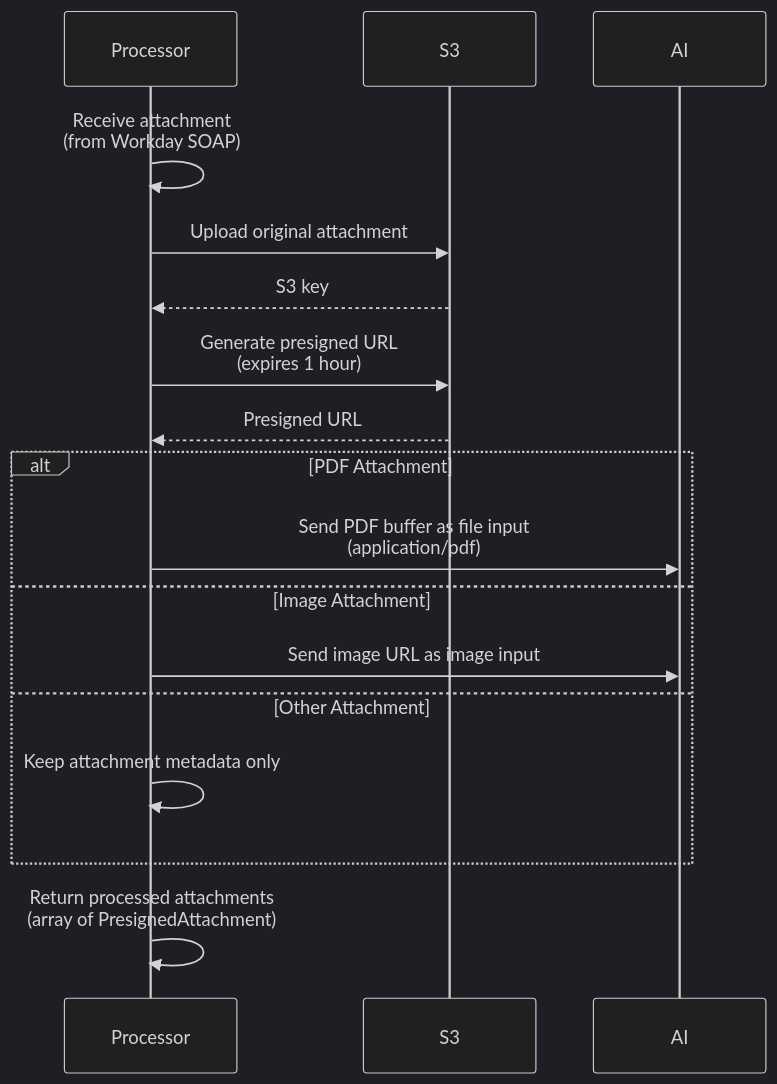
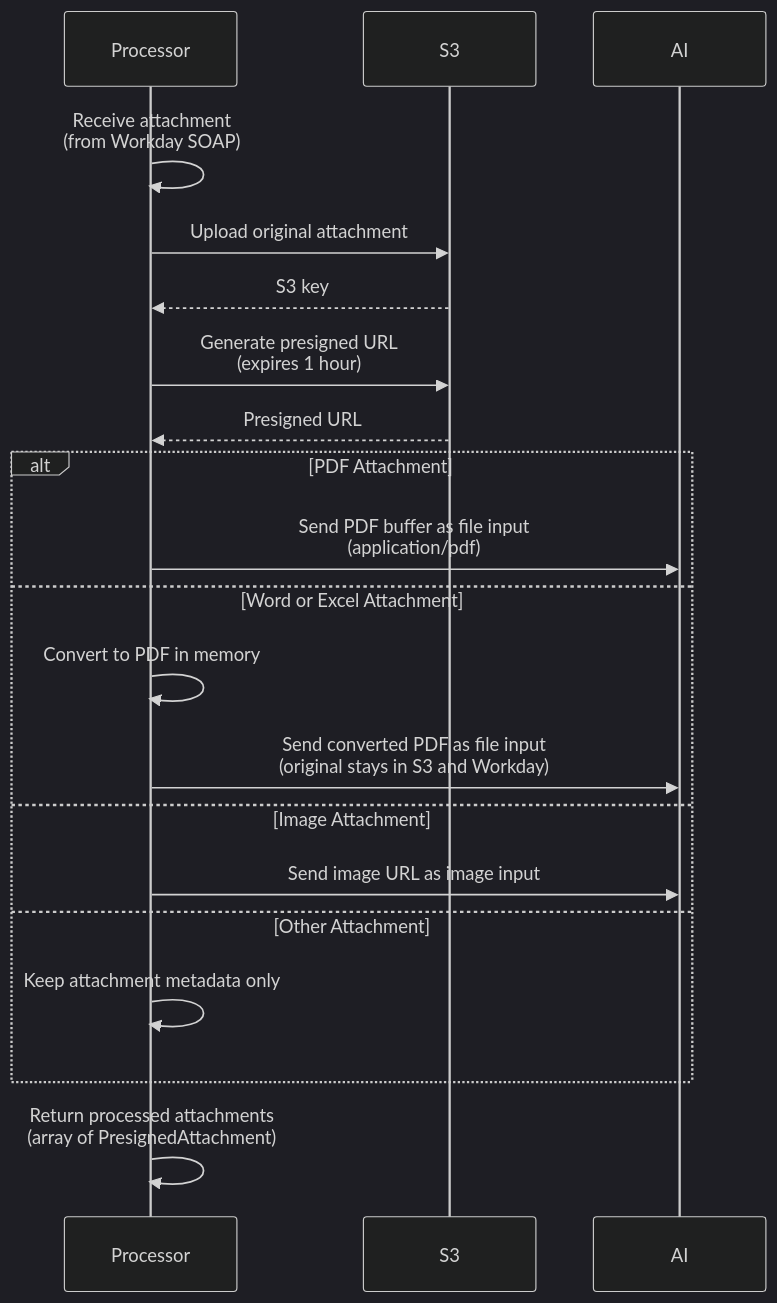
Before and after one commit to pgahq/finance-agent: the fifth of 7 diagrams in README.md, drawn with Mermaid (dark theme). The commit also changed other lines of this file and 16 other files, not shown here.

````diff
--- a/README.md
+++ b/README.md
@@ -480,23 +481,26 @@
 ```mermaid
 sequenceDiagram
     participant Processor
     participant S3
     participant AI
 
     Processor->>Processor: Receive attachment<br/>(from Workday SOAP)
 
     Processor->>S3: Upload original attachment
     S3-->>Processor: S3 key
     Processor->>S3: Generate presigned URL<br/>(expires 1 hour)
     S3-->>Processor: Presigned URL
 
     alt PDF Attachment
         Processor->>AI: Send PDF buffer as file input<br/>(application/pdf)
+    else Word or Excel Attachment
+        Processor->>Processor: Convert to PDF in memory
+        Processor->>AI: Send converted PDF as file input<br/>(original stays in S3 and Workday)
     else Image Attachment
         Processor->>AI: Send image URL as image input
     else Other Attachment
         Processor->>Processor: Keep attachment metadata only
     end
 
     Processor->>Processor: Return processed attachments<br/>(array of PresignedAttachment)
 ```
````
